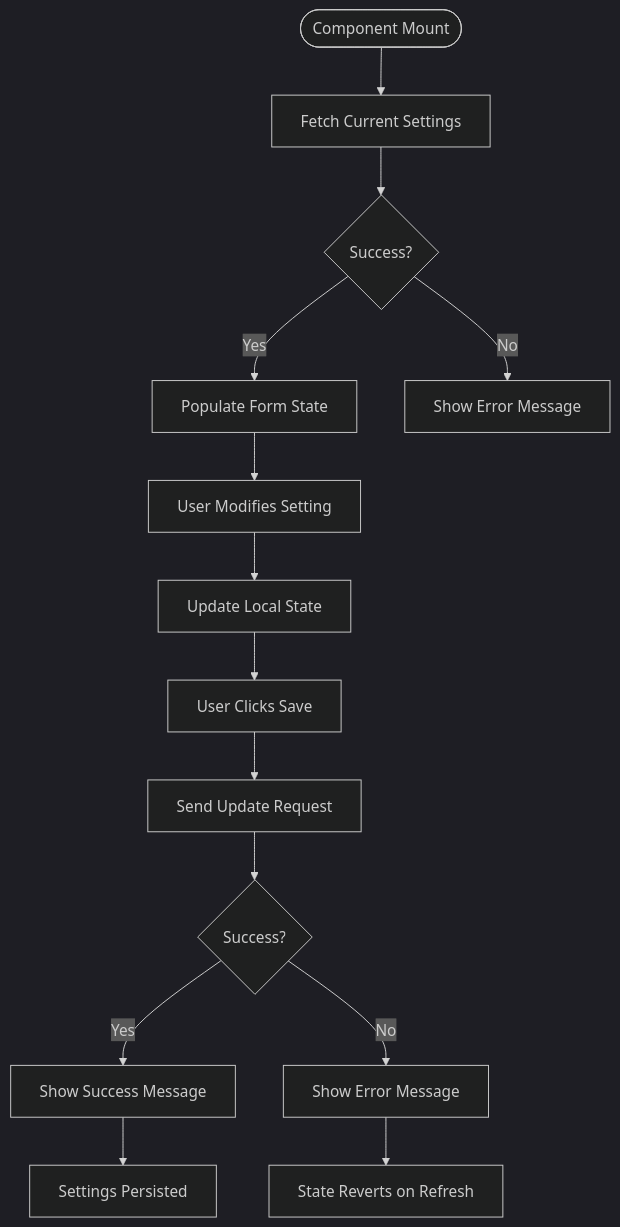
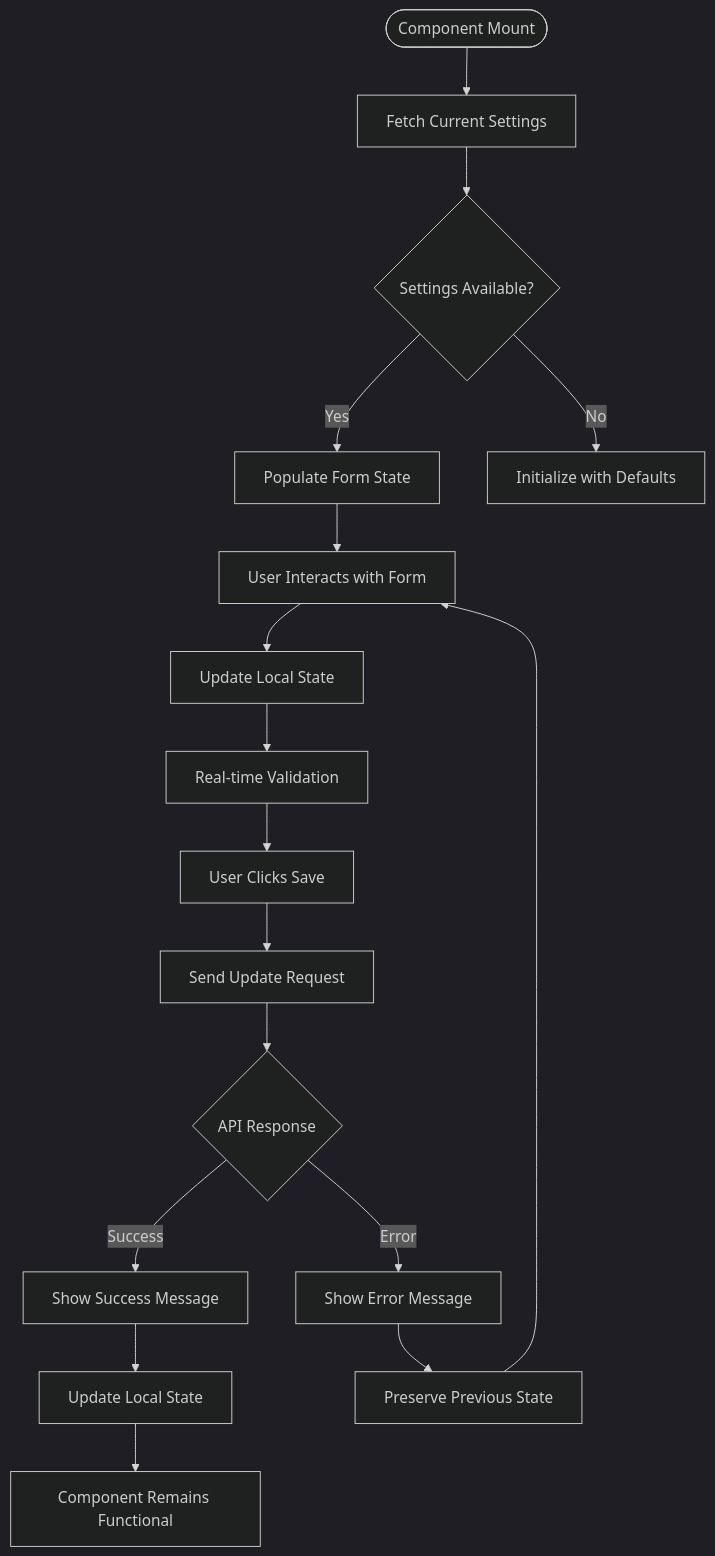
The second of 3 diagrams in .qoder/repowiki/en/content/Authentication & User Management/User Settings & Preferences.md (Brimstow/ThumPiks), drawn with Mermaid (dark theme) before and after one commit. The commit also changed other lines of this file and 900 other files, not shown here.

````diff
--- a/.qoder/repowiki/en/content/Authentication & User Management/User Settings & Preferences.md
+++ b/.qoder/repowiki/en/content/Authentication & User Management/User Settings & Preferences.md
@@ -57,16 +75,19 @@
 ```mermaid
 flowchart TD
 A([Component Mount]) --> B[Fetch Current Settings]
-B --> C{Success?}
+B --> C{Settings Available?}
 C --> |Yes| D[Populate Form State]
-C --> |No| E[Show Error Message]
-D --> F[User Modifies Setting]
+C --> |No| E[Initialize with Defaults]
+D --> F[User Interacts with Form]
 F --> G[Update Local State]
-G --> H[User Clicks Save]
-H --> I[Send Update Request]
-I --> J{Success?}
-J --> |Yes| K[Show Success Message]
-J --> |No| L[Show Error Message]
-K --> M[Settings Persisted]
-L --> N[State Reverts on Refresh]
+G --> H[Real-time Validation]
+H --> I[User Clicks Save]
+I --> J[Send Update Request]
+J --> K{API Response}
+K --> |Success| L[Show Success Message]
+K --> |Error| M[Show Error Message]
+L --> N[Update Local State]
+M --> O[Preserve Previous State]
+N --> P[Component Remains Functional]
+O --> F
 ```
````
